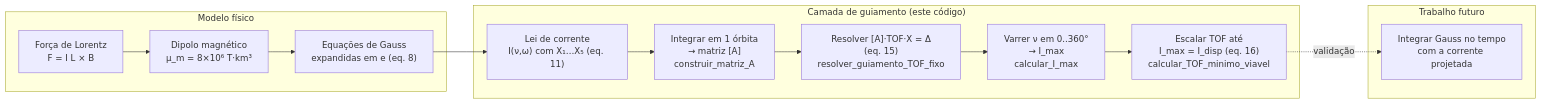
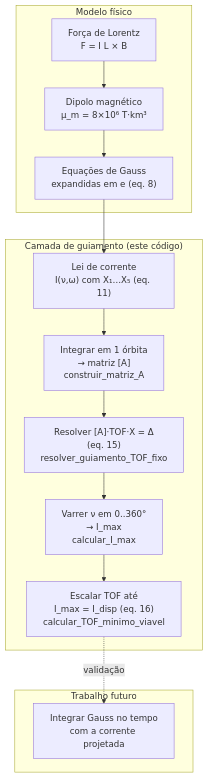
Before and after one commit to gabrielgambinii/Analise-computacional-manobras-orbitais-Tethers_C-digo-fonte: the second of 3 diagrams in README.md, drawn with Mermaid.

Commit message:
README: fluxograma do metodo na vertical para facilitar leitura

````diff
--- a/README.md
+++ b/README.md
@@ -112,21 +112,21 @@
 ```mermaid
-flowchart LR
+flowchart TB
     subgraph Fisica["Modelo físico"]
         F1["Força de Lorentz<br/>F = I L × B"] --> F2["Dipolo magnético<br/>μ_m = 8×10⁶ T·km³"]
         F2 --> F3["Equações de Gauss<br/>expandidas em e (eq. 8)"]
     end
 
     subgraph Guiamento["Camada de guiamento (este código)"]
         G1["Lei de corrente<br/>I(ν,ω) com X₁…X₅ (eq. 11)"] --> G2["Integrar em 1 órbita<br/>→ matriz [A]<br/>construir_matriz_A"]
         G2 --> G3["Resolver [A]·TOF·X = Δ<br/>(eq. 15)<br/>resolver_guiamento_TOF_fixo"]
         G3 --> G4["Varrer ν em 0..360°<br/>→ I_max<br/>calcular_I_max"]
         G4 --> G5["Escalar TOF até<br/>I_max = I_disp (eq. 16)<br/>calcular_TOF_minimo_viavel"]
     end
 
     subgraph Futuro["Trabalho futuro"]
         S1["Integrar Gauss no tempo<br/>com a corrente projetada"]
     end
 
     F3 --> G1
     G5 -. "validação" .-> S1
 ```
````
